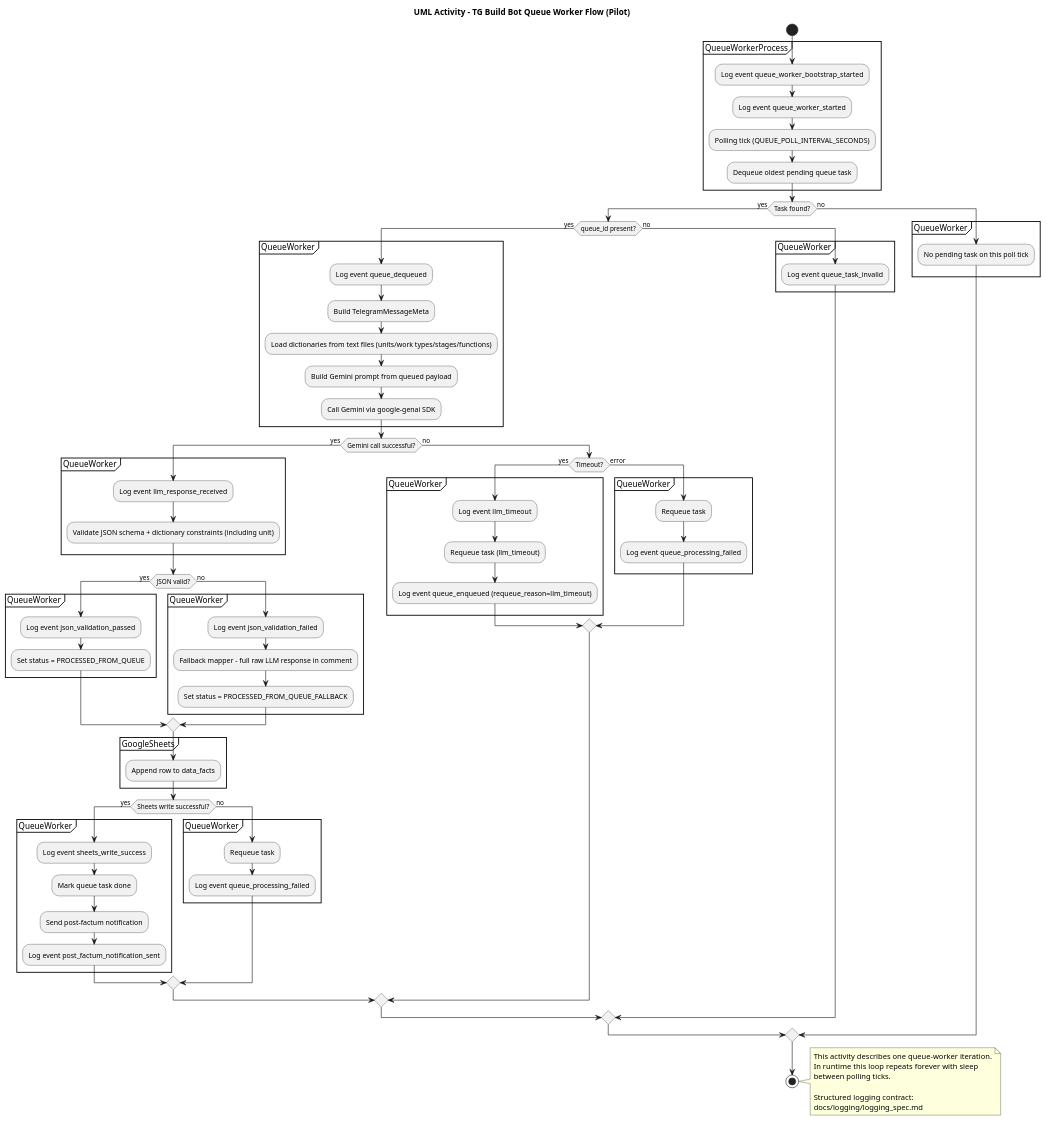
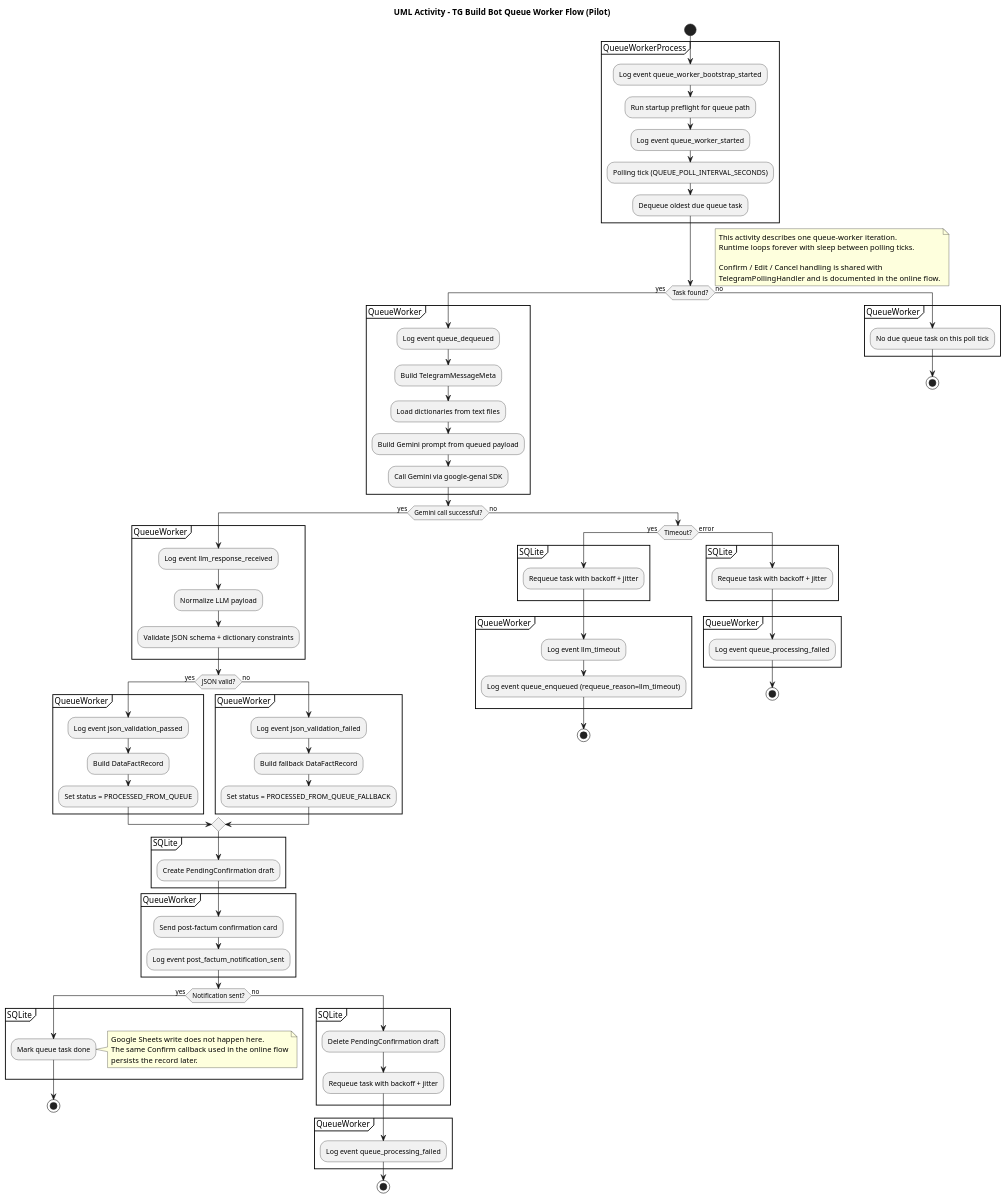
Before and after one commit to kolobook146/Civil-Engineer-Classifier-Bot: the diagram in docs/uml/reporting_queue_worker_activity.puml, drawn with PlantUML. The commit also changed 34 other files, not shown here.

Commit message:
feat: sync pilot flow docs, bot UX, and business documentation

```diff
--- a/docs/uml/reporting_queue_worker_activity.puml
+++ b/docs/uml/reporting_queue_worker_activity.puml
@@ -1,98 +1,114 @@
 @startuml
 title UML Activity - TG Build Bot Queue Worker Flow (Pilot)
 
 start
 
 partition QueueWorkerProcess {
   :Log event queue_worker_bootstrap_started;
+  :Run startup preflight for queue path;
   :Log event queue_worker_started;
   :Polling tick (QUEUE_POLL_INTERVAL_SECONDS);
-  :Dequeue oldest pending queue task;
+  :Dequeue oldest due queue task;
 }
 
 if (Task found?) then (yes)
-  if (queue_id present?) then (yes)
+  partition QueueWorker {
+    :Log event queue_dequeued;
+    :Build TelegramMessageMeta;
+    :Load dictionaries from text files;
+    :Build Gemini prompt from queued payload;
+    :Call Gemini via google-genai SDK;
+  }
+
+  if (Gemini call successful?) then (yes)
     partition QueueWorker {
-      :Log event queue_dequeued;
-      :Build TelegramMessageMeta;
-      :Load dictionaries from text files (units/work types/stages/functions);
-      :Build Gemini prompt from queued payload;
-      :Call Gemini via google-genai SDK;
+      :Log event llm_response_received;
+      :Normalize LLM payload;
+      :Validate JSON schema + dictionary constraints;
     }
 
-    if (Gemini call successful?) then (yes)
+    if (JSON valid?) then (yes)
       partition QueueWorker {
-        :Log event llm_response_received;
-        :Validate JSON schema + dictionary constraints (including unit);
+        :Log event json_validation_passed;
+        :Build DataFactRecord;
+        :Set status = PROCESSED_FROM_QUEUE;
+      }
+    else (no)
+      partition QueueWorker {
+        :Log event json_validation_failed;
+        :Build fallback DataFactRecord;
+        :Set status = PROCESSED_FROM_QUEUE_FALLBACK;
+      }
+    endif
+
+    partition SQLite {
+      :Create PendingConfirmation draft;
+    }
+
+    partition QueueWorker {
+      :Send post-factum confirmation card;
+      :Log event post_factum_notification_sent;
+    }
+
+    if (Notification sent?) then (yes)
+      partition SQLite {
+        :Mark queue task done;
+      }
+      note right
+        Google Sheets write does not happen here.
+        The same Confirm callback used in the online flow
+        persists the record later.
+      end note
+      stop
+    else (no)
+      partition SQLite {
+        :Delete PendingConfirmation draft;
+        :Requeue task with backoff + jitter;
       }
 
-      if (JSON valid?) then (yes)
-        partition QueueWorker {
-          :Log event json_validation_passed;
-          :Set status = PROCESSED_FROM_QUEUE;
-        }
-      else (no)
-        partition QueueWorker {
-          :Log event json_validation_failed;
-          :Fallback mapper - full raw LLM response in comment;
-          :Set status = PROCESSED_FROM_QUEUE_FALLBACK;
-        }
-      endif
-
-      partition GoogleSheets {
-        :Append row to data_facts;
+      partition QueueWorker {
+        :Log event queue_processing_failed;
       }
-
-      if (Sheets write successful?) then (yes)
-        partition QueueWorker {
-          :Log event sheets_write_success;
-          :Mark queue task done;
-          :Send post-factum notification;
-          :Log event post_factum_notification_sent;
-        }
-      else (no)
-        partition QueueWorker {
-          :Requeue task;
-          :Log event queue_processing_failed;
-        }
-      endif
-
-    else (no)
-      if (Timeout?) then (yes)
-        partition QueueWorker {
-          :Log event llm_timeout;
-          :Requeue task (llm_timeout);
-          :Log event queue_enqueued (requeue_reason=llm_timeout);
-        }
-      else (error)
-        partition QueueWorker {
-          :Requeue task;
-          :Log event queue_processing_failed;
-        }
-      endif
+      stop
     endif
 
   else (no)
-    partition QueueWorker {
-      :Log event queue_task_invalid;
-    }
+    if (Timeout?) then (yes)
+      partition SQLite {
+        :Requeue task with backoff + jitter;
+      }
+
+      partition QueueWorker {
+        :Log event llm_timeout;
+        :Log event queue_enqueued (requeue_reason=llm_timeout);
+      }
+      stop
+
+    else (error)
+      partition SQLite {
+        :Requeue task with backoff + jitter;
+      }
+
+      partition QueueWorker {
+        :Log event queue_processing_failed;
+      }
+      stop
+    endif
   endif
 
 else (no)
   partition QueueWorker {
-    :No pending task on this poll tick;
+    :No due queue task on this poll tick;
   }
+  stop
 endif
-
-stop
 
 note right
   This activity describes one queue-worker iteration.
-  In runtime this loop repeats forever with sleep
-  between polling ticks.
+  Runtime loops forever with sleep between polling ticks.
 
-  Structured logging contract:
-  docs/logging/logging_spec.md
+  Confirm / Edit / Cancel handling is shared with
+  TelegramPollingHandler and is documented in the online flow.
 end note
 
 @enduml
```
